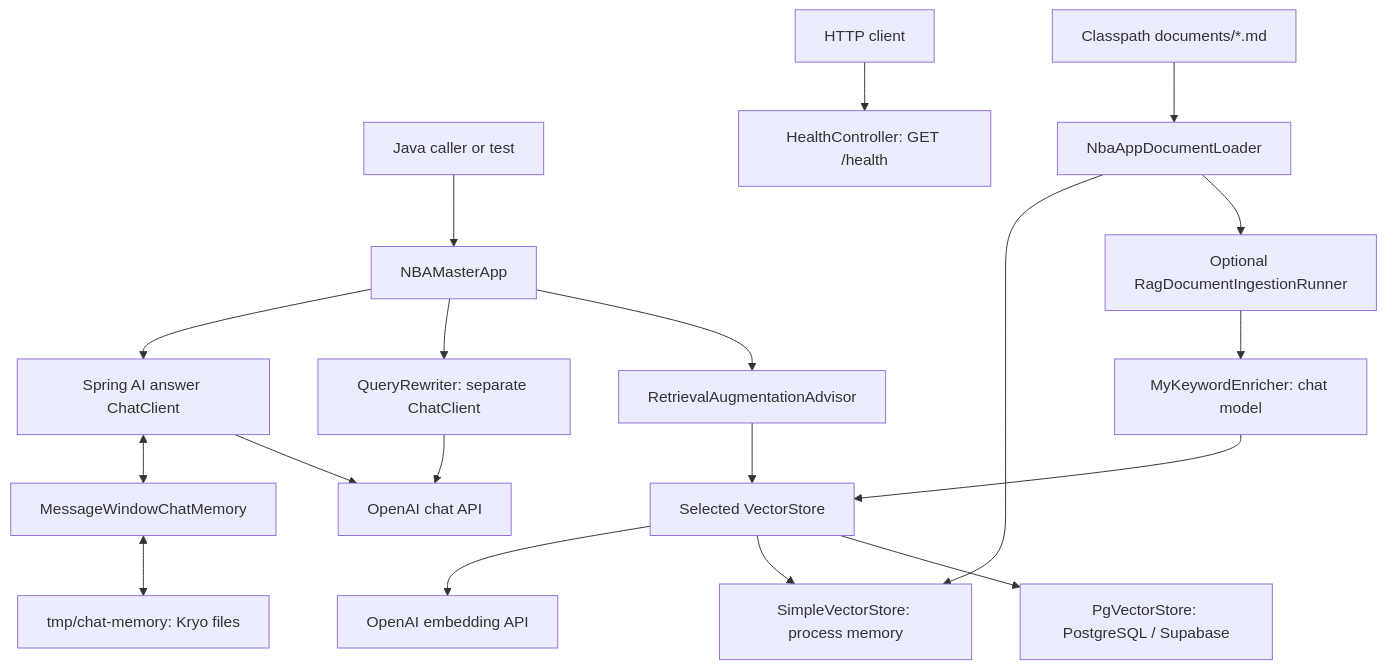
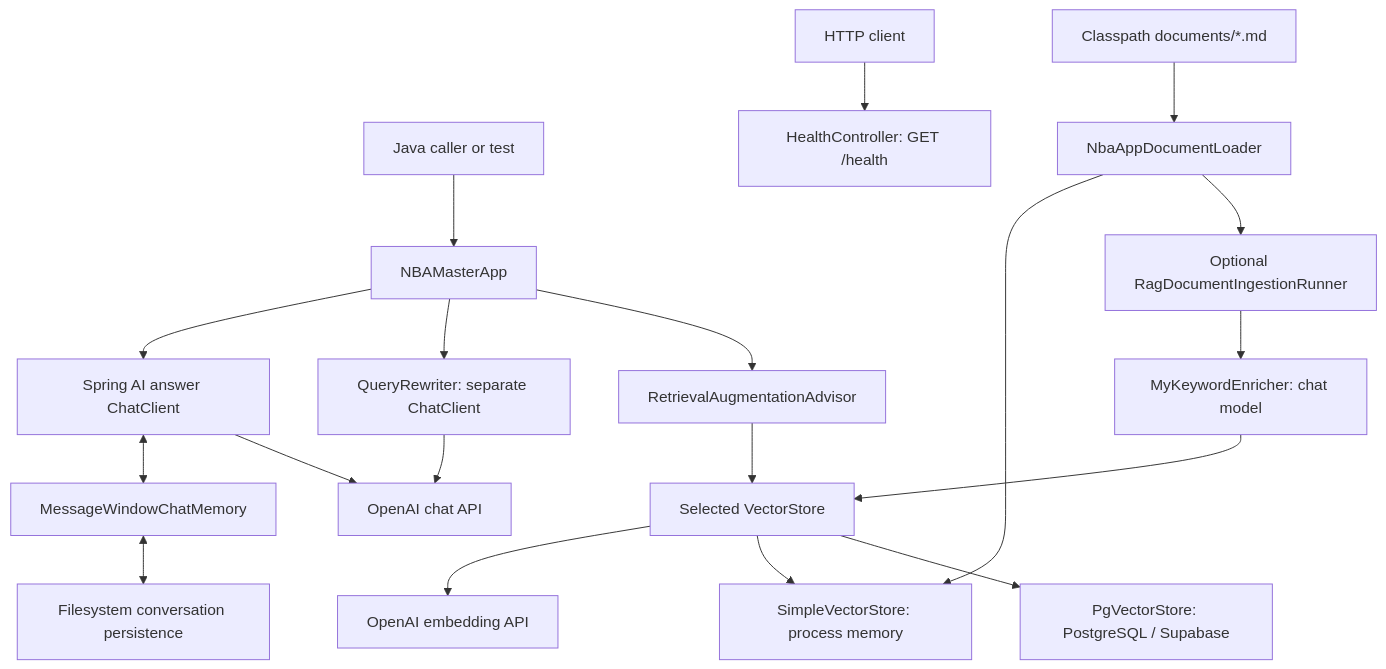
One commit to PeterTian0626/nba-game-master changed the diagram in Architecture.md. Above: the diagram before and after it, drawn with Mermaid. The commit also changed other lines of this file and 4 other files, not shown here.

````diff
--- a/Architecture.md
+++ b/Architecture.md
@@ -11,21 +11,21 @@
 ```mermaid
 flowchart TD
     Caller[Java caller or test] --> App[NBAMasterApp]
     HTTP[HTTP client] --> Health[HealthController: GET /health]
     App --> Answer[Spring AI answer ChatClient]
     Answer <--> Memory[MessageWindowChatMemory]
-    Memory <--> Disk[tmp/chat-memory: Kryo files]
+    Memory <--> Disk[Filesystem conversation persistence]
     App --> Rewrite[QueryRewriter: separate ChatClient]
     Rewrite --> OpenAI[OpenAI chat API]
     Answer --> OpenAI
     App --> RAG[RetrievalAugmentationAdvisor]
     RAG --> Store[Selected VectorStore]
     Store --> Embeddings[OpenAI embedding API]
     Store --> Simple[SimpleVectorStore: process memory]
     Store --> PG[PgVectorStore: PostgreSQL / Supabase]
     Corpus[Classpath documents/*.md] --> Loader[NbaAppDocumentLoader]
     Loader --> Simple
     Loader --> Ingest[Optional RagDocumentIngestionRunner]
     Ingest --> Enricher[MyKeywordEnricher: chat model]
     Enricher --> Store
 ```
````
